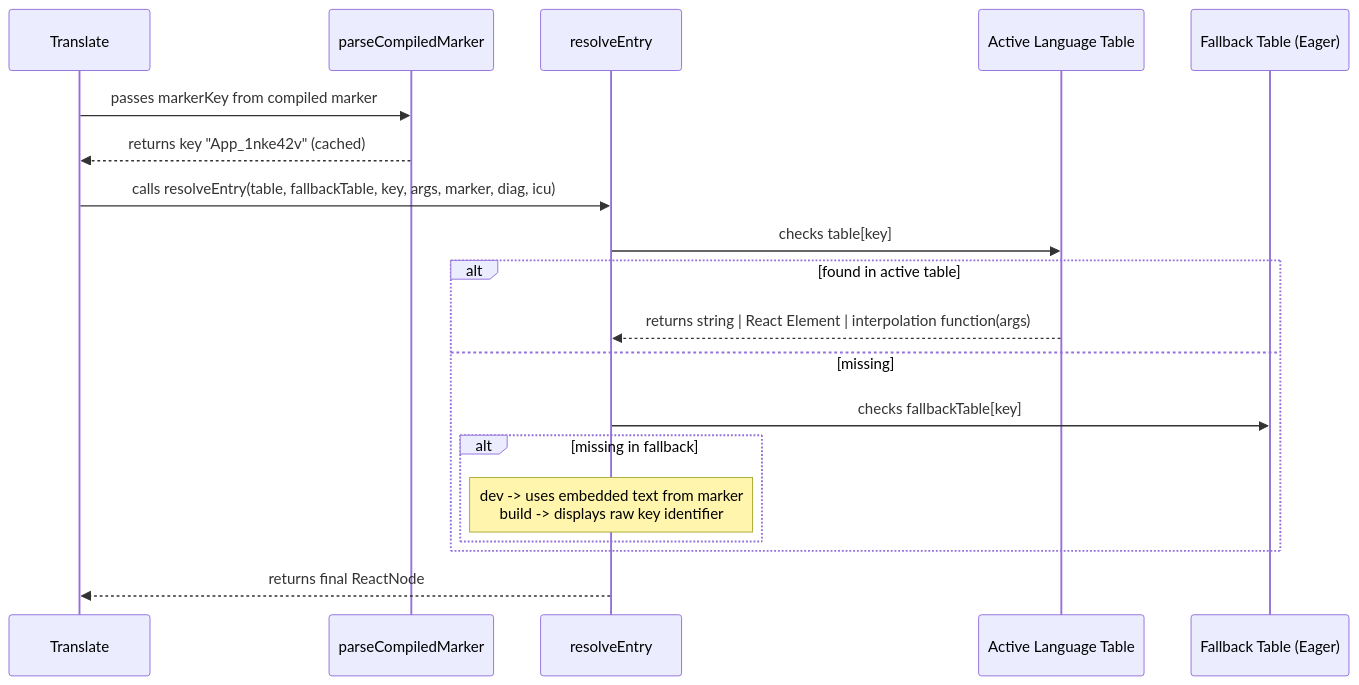
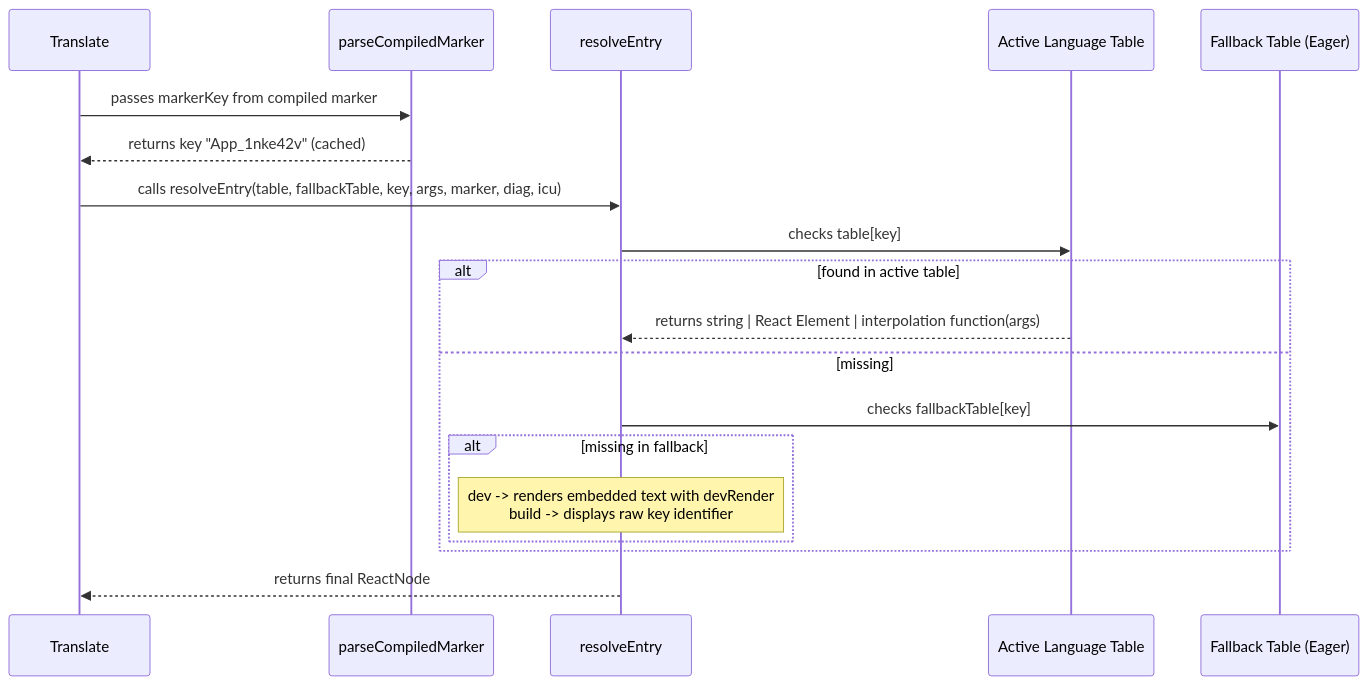
One commit to sepoina/viteTranslate changed the sixth of 9 diagrams in doc/structure.md. Above: the diagram before and after it, drawn with Mermaid. The commit also changed other lines of this file and 170 other files, not shown here.

````diff
--- a/doc/structure.md
+++ b/doc/structure.md
@@ -712,22 +781,22 @@
 ```mermaid
 sequenceDiagram
   participant T as Translate
   participant M as parseCompiledMarker
   participant R as resolveEntry
   participant Tb as Active Language Table
   participant F as Fallback Table (Eager)
 
   T->>M: passes markerKey from compiled marker
   M-->>T: returns key "App_1nke42v" (cached)
   T->>R: calls resolveEntry(table, fallbackTable, key, args, marker, diag, icu)
   R->>Tb: checks table[key]
   alt found in active table
     Tb-->>R: returns string | React Element | interpolation function(args)
   else missing
     R->>F: checks fallbackTable[key]
     alt missing in fallback
-      Note over R: dev -> uses embedded text from marker<br/>build -> displays raw key identifier
+      Note over R: dev -> renders embedded text with devRender<br/>build -> displays raw key identifier
     end
   end
   R-->>T: returns final ReactNode
 ```
````
